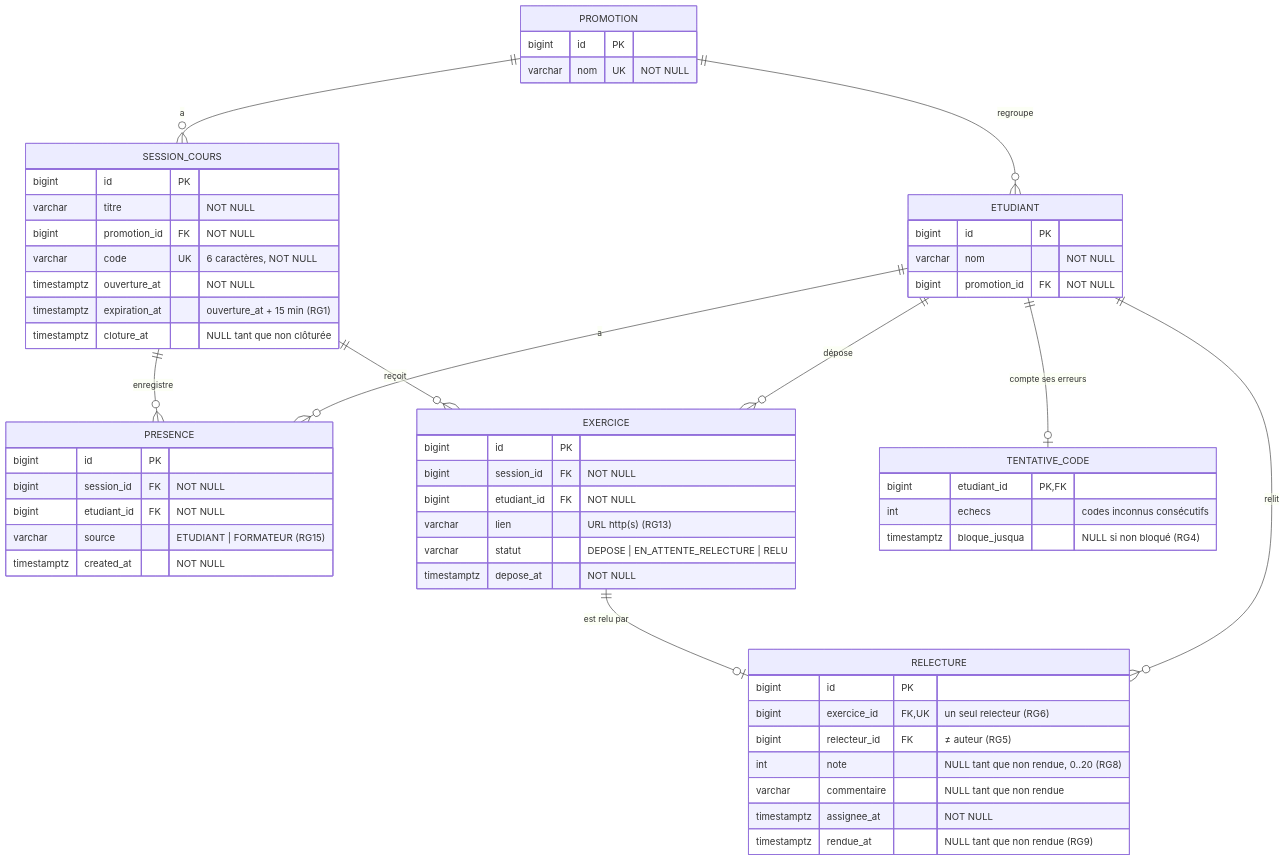
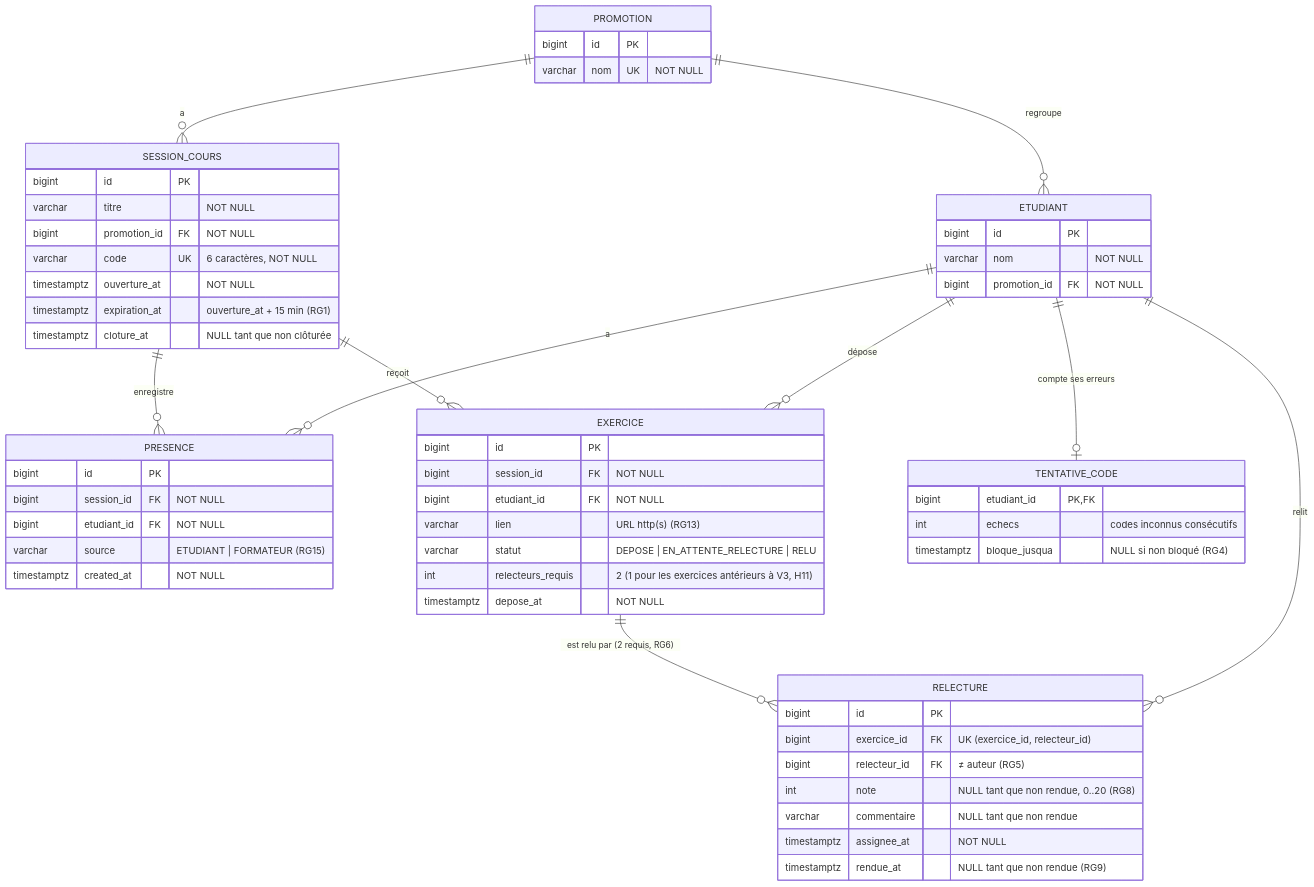
The diagram in docs/diagrammes/D2-modele-donnees.md (Pacome-gif/kfokam48-epreuve-238), drawn with Mermaid before and after one commit. The commit also changed other lines of this file and 4 other files, not shown here.

````diff
--- a/docs/diagrammes/D2-modele-donnees.md
+++ b/docs/diagrammes/D2-modele-donnees.md
@@ -5,60 +7,61 @@
 ```mermaid
 erDiagram
     PROMOTION ||--o{ ETUDIANT : "regroupe"
     PROMOTION ||--o{ SESSION_COURS : "a"
     SESSION_COURS ||--o{ PRESENCE : "enregistre"
     ETUDIANT ||--o{ PRESENCE : "a"
     SESSION_COURS ||--o{ EXERCICE : "reçoit"
     ETUDIANT ||--o{ EXERCICE : "dépose"
-    EXERCICE ||--o| RELECTURE : "est relu par"
+    EXERCICE ||--o{ RELECTURE : "est relu par (2 requis, RG6)"
     ETUDIANT ||--o{ RELECTURE : "relit"
     ETUDIANT ||--o| TENTATIVE_CODE : "compte ses erreurs"
 
     PROMOTION {
         bigint id PK
         varchar nom UK "NOT NULL"
     }
     ETUDIANT {
         bigint id PK
         varchar nom "NOT NULL"
         bigint promotion_id FK "NOT NULL"
     }
     SESSION_COURS {
         bigint id PK
         varchar titre "NOT NULL"
         bigint promotion_id FK "NOT NULL"
         varchar code UK "6 caractères, NOT NULL"
         timestamptz ouverture_at "NOT NULL"
         timestamptz expiration_at "ouverture_at + 15 min (RG1)"
         timestamptz cloture_at "NULL tant que non clôturée"
     }
     PRESENCE {
         bigint id PK
         bigint session_id FK "NOT NULL"
         bigint etudiant_id FK "NOT NULL"
         varchar source "ETUDIANT | FORMATEUR (RG15)"
         timestamptz created_at "NOT NULL"
     }
     EXERCICE {
         bigint id PK
         bigint session_id FK "NOT NULL"
         bigint etudiant_id FK "NOT NULL"
         varchar lien "URL http(s) (RG13)"
         varchar statut "DEPOSE | EN_ATTENTE_RELECTURE | RELU"
+        int relecteurs_requis "2 (1 pour les exercices antérieurs à V3, H11)"
         timestamptz depose_at "NOT NULL"
     }
     RELECTURE {
         bigint id PK
-        bigint exercice_id FK,UK "un seul relecteur (RG6)"
+        bigint exercice_id FK "UK (exercice_id, relecteur_id)"
         bigint relecteur_id FK "≠ auteur (RG5)"
         int note "NULL tant que non rendue, 0..20 (RG8)"
         varchar commentaire "NULL tant que non rendue"
         timestamptz assignee_at "NOT NULL"
         timestamptz rendue_at "NULL tant que non rendue (RG9)"
     }
     TENTATIVE_CODE {
         bigint etudiant_id PK,FK
         int echecs "codes inconnus consécutifs"
         timestamptz bloque_jusqua "NULL si non bloqué (RG4)"
     }
 ```
````
